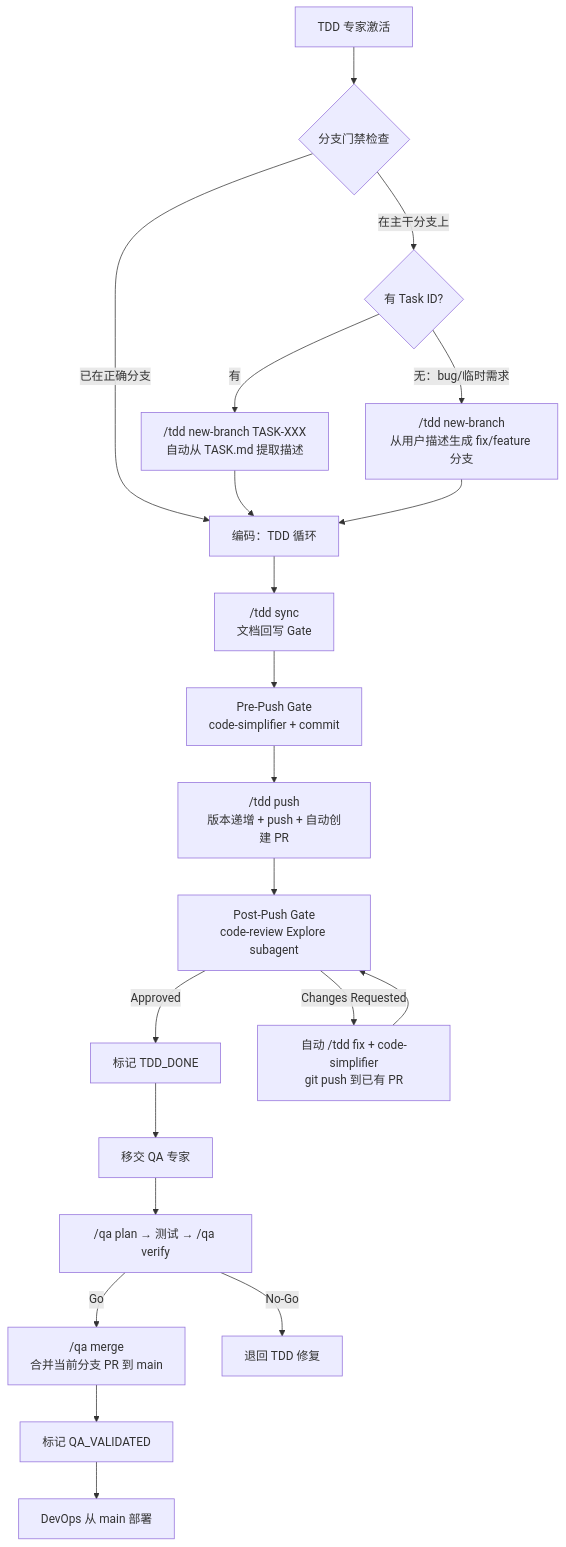
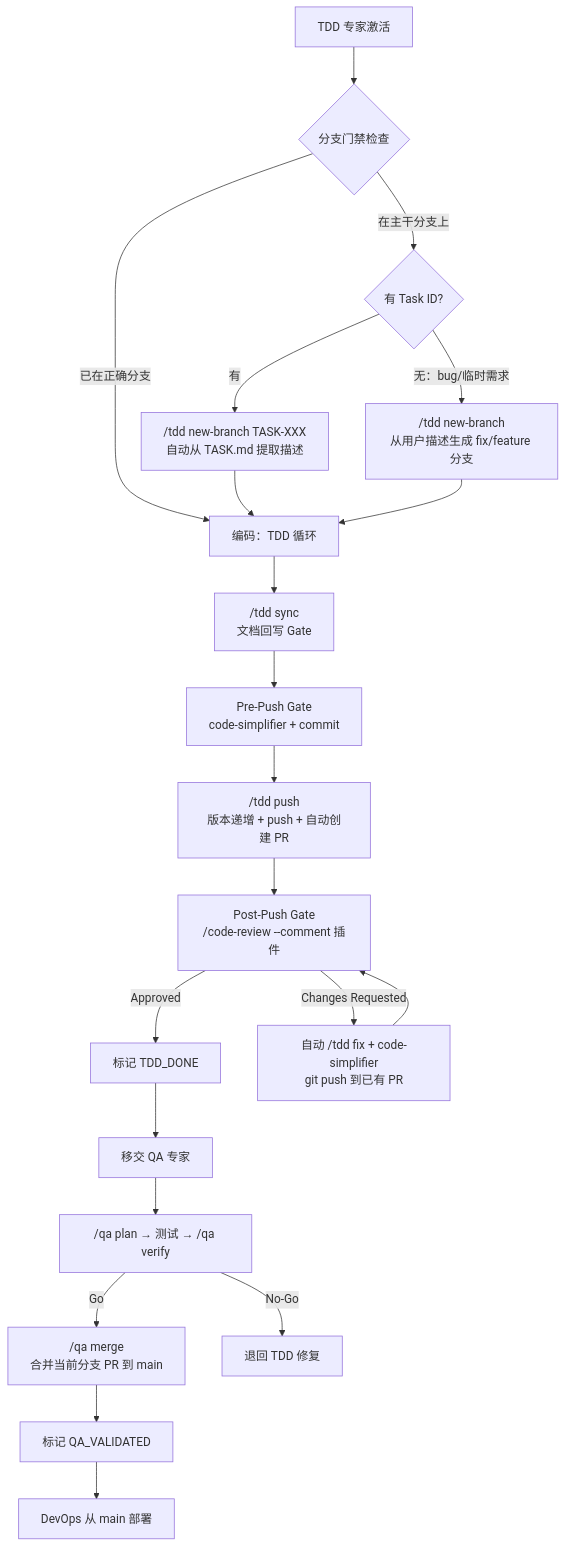
One commit to hollisyao2024/PromptsEngineering changed the diagram in AgentRoles/TDD-PROGRAMMING-EXPERT.md. Above: the diagram before and after it, drawn with Mermaid. The commit also changed other lines of this file, not shown here.

First line of the commit message:
docs(tdd): add platform dependency notes for Pre/Post-Push Gates

````diff
--- a/AgentRoles/TDD-PROGRAMMING-EXPERT.md
+++ b/AgentRoles/TDD-PROGRAMMING-EXPERT.md
@@ -373,23 +373,23 @@
 ```mermaid
 flowchart TD
     A[TDD 专家激活] --> B{分支门禁检查}
     B -->|在主干分支上| C{有 Task ID?}
     B -->|已在正确分支| F[编码：TDD 循环]
     C -->|有| D["/tdd new-branch TASK-XXX<br/>自动从 TASK.md 提取描述"]
     C -->|无：bug/临时需求| E["/tdd new-branch<br/>从用户描述生成 fix/feature 分支"]
     D --> F
     E --> F
     F --> G["/tdd sync<br/>文档回写 Gate"]
     G --> G2["Pre-Push Gate<br/>code-simplifier + commit"]
     G2 --> H["/tdd push<br/>版本递增 + push + 自动创建 PR"]
-    H --> H2["Post-Push Gate<br/>code-review Explore subagent"]
+    H --> H2["Post-Push Gate<br/>/code-review --comment 插件"]
     H2 -->|Approved| I[标记 TDD_DONE]
     H2 -->|Changes Requested| H3["自动 /tdd fix + code-simplifier<br/>git push 到已有 PR"]
     H3 --> H2
     I --> J[移交 QA 专家]
     J --> K["/qa plan → 测试 → /qa verify"]
     K -->|Go| L["/qa merge<br/>合并当前分支 PR 到 main"]
     K -->|No-Go| M[退回 TDD 修复]
     L --> N[标记 QA_VALIDATED]
     N --> O[DevOps 从 main 部署]
 ```
````
